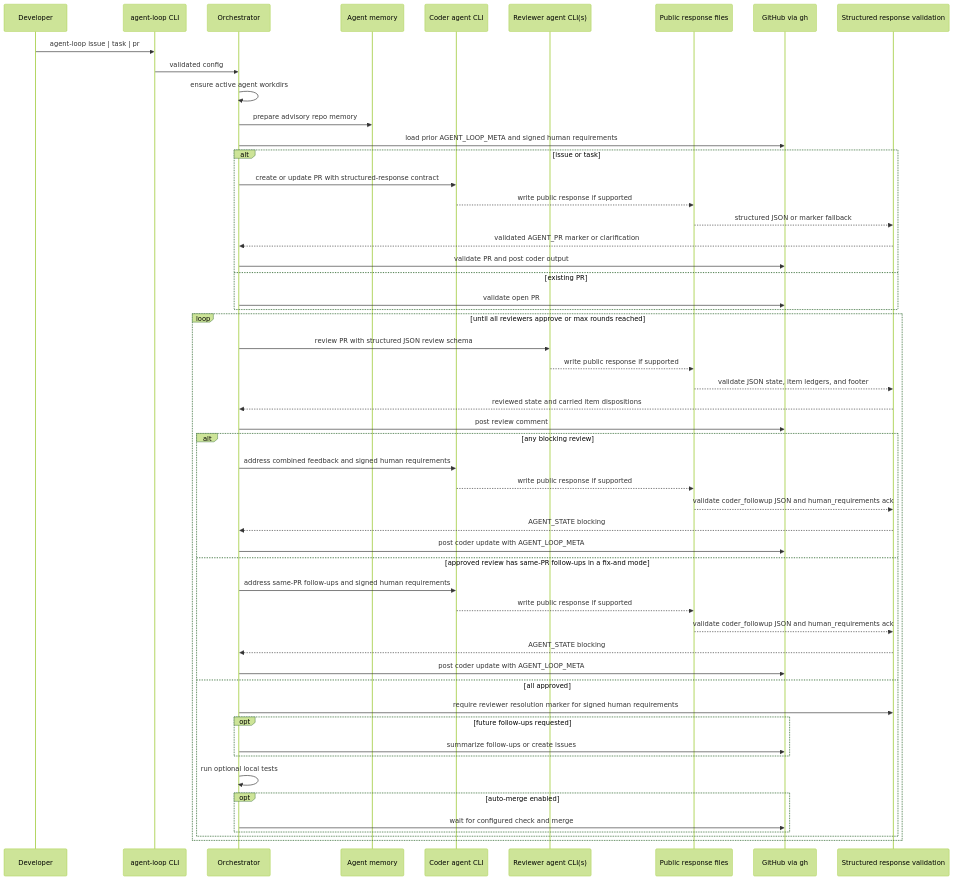
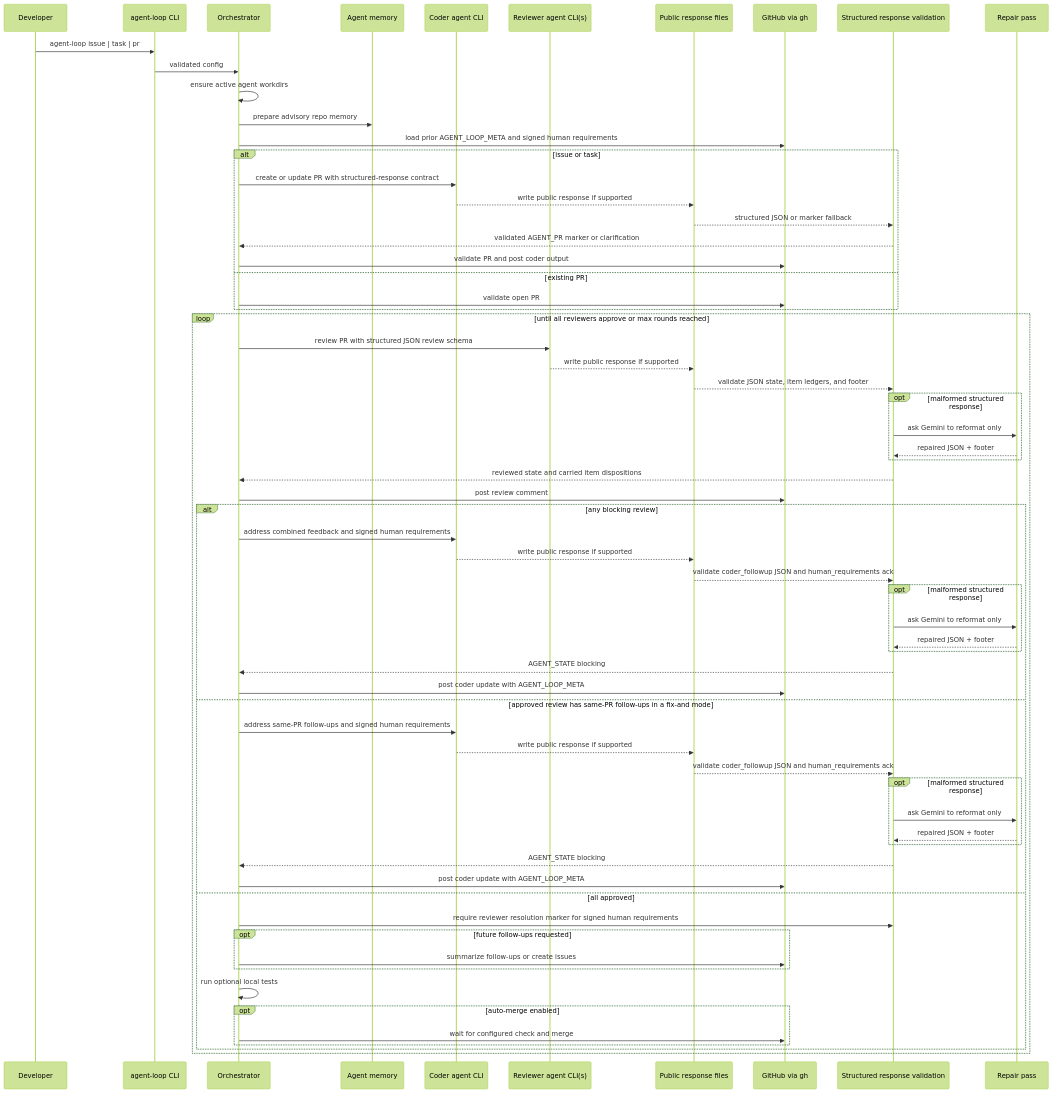
Before and after one commit to Mega-Gorilla/coding-review-agent-loop: the second of 2 diagrams in docs/local_agent_loop.md, drawn with Mermaid (forest theme). The commit also changed other lines of this file and 1 other file, not shown here.

Commit message:
Document structured response repair pass

````diff
--- a/docs/local_agent_loop.md
+++ b/docs/local_agent_loop.md
@@ -77,57 +79,70 @@
 ```mermaid
 sequenceDiagram
     participant User as Developer
     participant CLI as agent-loop CLI
     participant Orch as Orchestrator
     participant Memory as Agent memory
     participant Coder as Coder agent CLI
     participant Reviewer as Reviewer agent CLI(s)
     participant Resp as Public response files
     participant GH as GitHub via gh
     participant Protocol as Structured response validation
+    participant Repair as Repair pass
 
     User->>CLI: agent-loop issue | task | pr
     CLI->>Orch: validated config
     Orch->>Orch: ensure active agent workdirs
     Orch->>Memory: prepare advisory repo memory
     Orch->>GH: load prior AGENT_LOOP_META and signed human requirements
     alt issue or task
         Orch->>Coder: create or update PR with structured-response contract
         Coder-->>Resp: write public response if supported
         Resp-->>Protocol: structured JSON or marker fallback
         Protocol-->>Orch: validated AGENT_PR marker or clarification
         Orch->>GH: validate PR and post coder output
     else existing PR
         Orch->>GH: validate open PR
     end
 
     loop until all reviewers approve or max rounds reached
         Orch->>Reviewer: review PR with structured JSON review schema
         Reviewer-->>Resp: write public response if supported
         Resp-->>Protocol: validate JSON state, item ledgers, and footer
+        opt malformed structured response
+            Protocol->>Repair: ask Gemini to reformat only
+            Repair-->>Protocol: repaired JSON + footer
+        end
         Protocol-->>Orch: reviewed state and carried item dispositions
         Orch->>GH: post review comment
         alt any blocking review
             Orch->>Coder: address combined feedback and signed human requirements
             Coder-->>Resp: write public response if supported
             Resp-->>Protocol: validate coder_followup JSON and human_requirements ack
+            opt malformed structured response
+                Protocol->>Repair: ask Gemini to reformat only
+                Repair-->>Protocol: repaired JSON + footer
+            end
             Protocol-->>Orch: AGENT_STATE blocking
             Orch->>GH: post coder update with AGENT_LOOP_META
         else approved review has same-PR follow-ups in a fix-and mode
             Orch->>Coder: address same-PR follow-ups and signed human requirements
             Coder-->>Resp: write public response if supported
             Resp-->>Protocol: validate coder_followup JSON and human_requirements ack
+            opt malformed structured response
+                Protocol->>Repair: ask Gemini to reformat only
+                Repair-->>Protocol: repaired JSON + footer
+            end
             Protocol-->>Orch: AGENT_STATE blocking
             Orch->>GH: post coder update with AGENT_LOOP_META
         else all approved
             Orch->>Protocol: require reviewer resolution marker for signed human requirements
             opt future follow-ups requested
                 Orch->>GH: summarize follow-ups or create issues
             end
             Orch->>Orch: run optional local tests
             opt auto-merge enabled
                 Orch->>GH: wait for configured check and merge
             end
         end
     end
 ```
````
